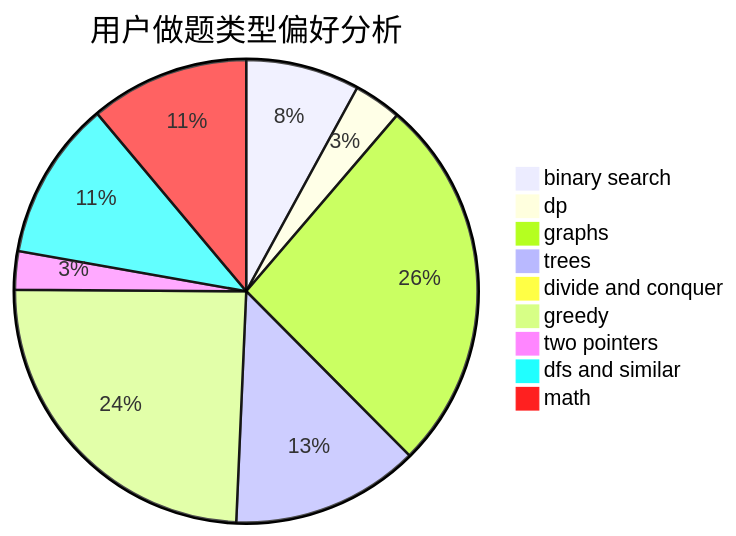
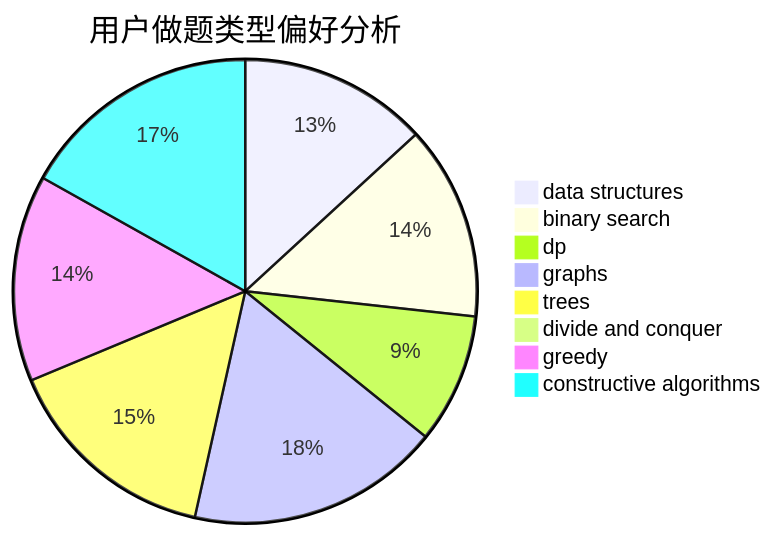
Before and after one commit to sherpahu/cfrs.github.io: the second of 3 diagrams in docs/user/u1209.md, drawn with Mermaid. The commit also changed other lines of this file and 2775 other files, not shown here.

````diff
--- a/docs/user/u1209.md
+++ b/docs/user/u1209.md
@@ -23,12 +23,11 @@
 ```mermaid
 pie title 用户做题类型偏好分析
-    "binary search" :  98
-    "dp" :  41
-    "graphs" :  324
-    "trees" :  162
-    "divide and conquer" :  1
-    "greedy" :  301
-    "two pointers" :  33
-    "dfs and similar" :  137
-    "math" :  137
+    "data structures" :  32
+    "binary search" :  33
+    "dp" :  22
+    "graphs" :  43
+    "trees" :  37
+    "divide and conquer" :  0
+    "greedy" :  35
+    "constructive algorithms" :  41
 ```
````
